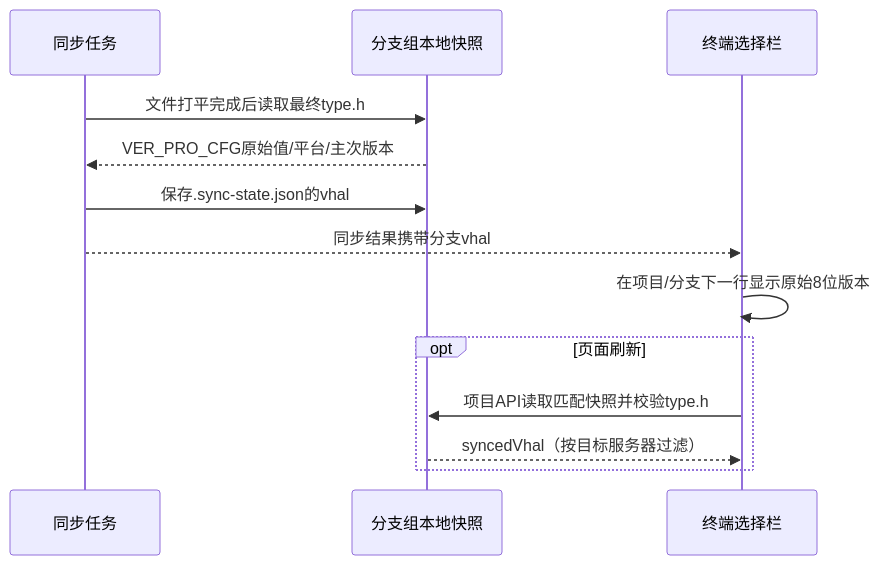
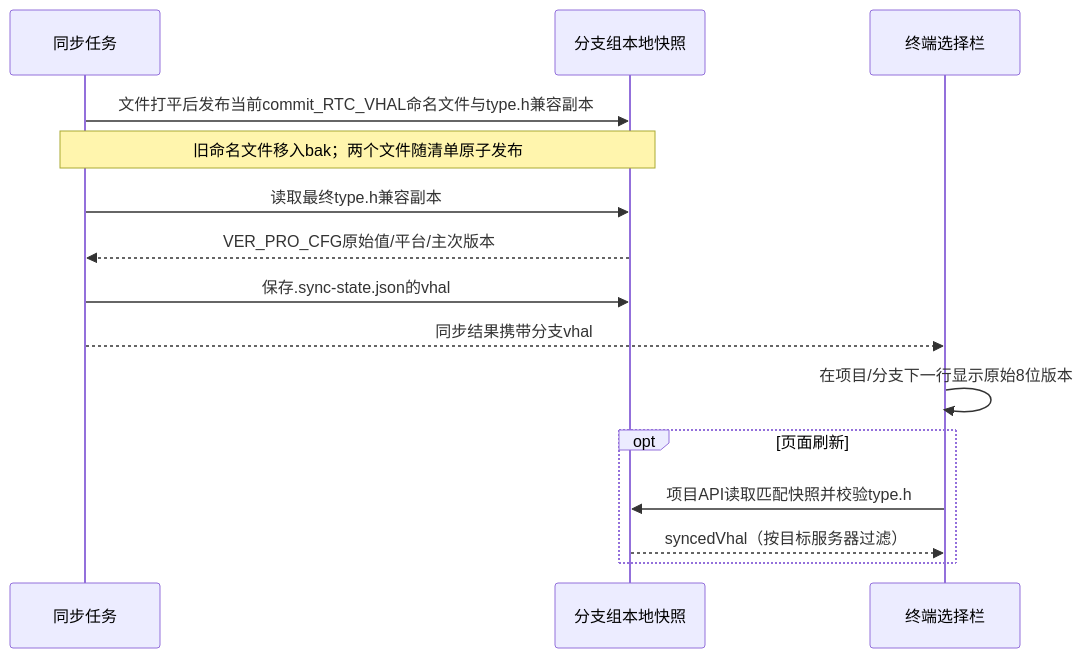
One commit to h18340637145-blip/ivacp-1 changed diagram 12 of 14 in docs/SEQUENCE_DIAGRAMS.md. Above: the diagram before and after it, drawn with Mermaid. The commit also changed other lines of this file and 83 other files, not shown here.

````diff
--- a/docs/SEQUENCE_DIAGRAMS.md
+++ b/docs/SEQUENCE_DIAGRAMS.md
@@ -919,15 +921,17 @@
 ```mermaid
 sequenceDiagram
   participant S as 同步任务
   participant F as 分支组本地快照
   participant UI as 终端选择栏
-  S->>F: 文件打平完成后读取最终type.h
+  S->>F: 文件打平后发布当前commit_RTC_VHAL命名文件与type.h兼容副本
+  Note over S,F: 旧命名文件移入bak；两个文件随清单原子发布
+  S->>F: 读取最终type.h兼容副本
   F-->>S: VER_PRO_CFG原始值/平台/主次版本
   S->>F: 保存.sync-state.json的vhal
   S-->>UI: 同步结果携带分支vhal
   UI->>UI: 在项目/分支下一行显示原始8位版本
   opt 页面刷新
     UI->>F: 项目API读取匹配快照并校验type.h
     F-->>UI: syncedVhal（按目标服务器过滤）
   end
 ```
````
